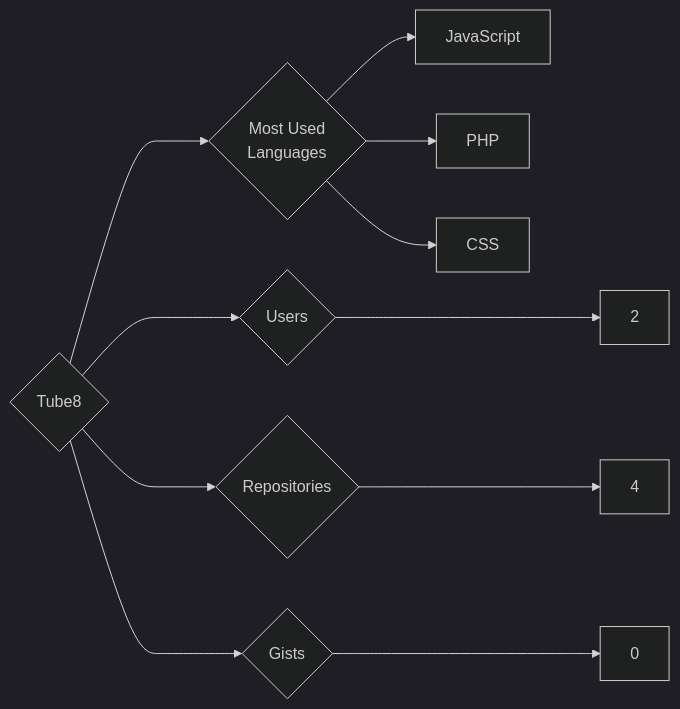
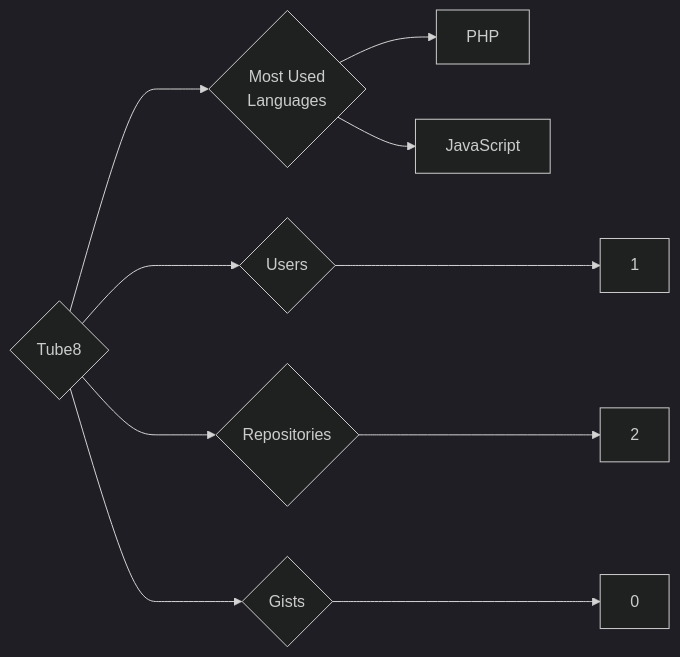
One commit to trickest/insiders changed the diagram in targets/Tube8/README.md. Above: the diagram before and after it, drawn with Mermaid (dark theme). The commit also changed 1496 other files, not shown here.

````diff
--- a/targets/Tube8/README.md
+++ b/targets/Tube8/README.md
@@ -3,11 +3,10 @@
 ```mermaid
 graph LR
 COMPANY_NAME{Tube8}
-COMPANY_NAME ---> U{Users} ---> UN[2]
-COMPANY_NAME ---> R{Repositories} ---> RN[4]
+COMPANY_NAME ---> U{Users} ---> UN[1]
+COMPANY_NAME ---> R{Repositories} ---> RN[2]
 COMPANY_NAME ---> G{Gists} ---> GN[0]
 COMPANY_NAME ---> ML{Most Used<br>Languages}
+ML --> PHP[PHP]
 ML --> JavaScript[JavaScript]
-ML --> PHP[PHP]
-ML --> CSS[CSS]
 ```
````
